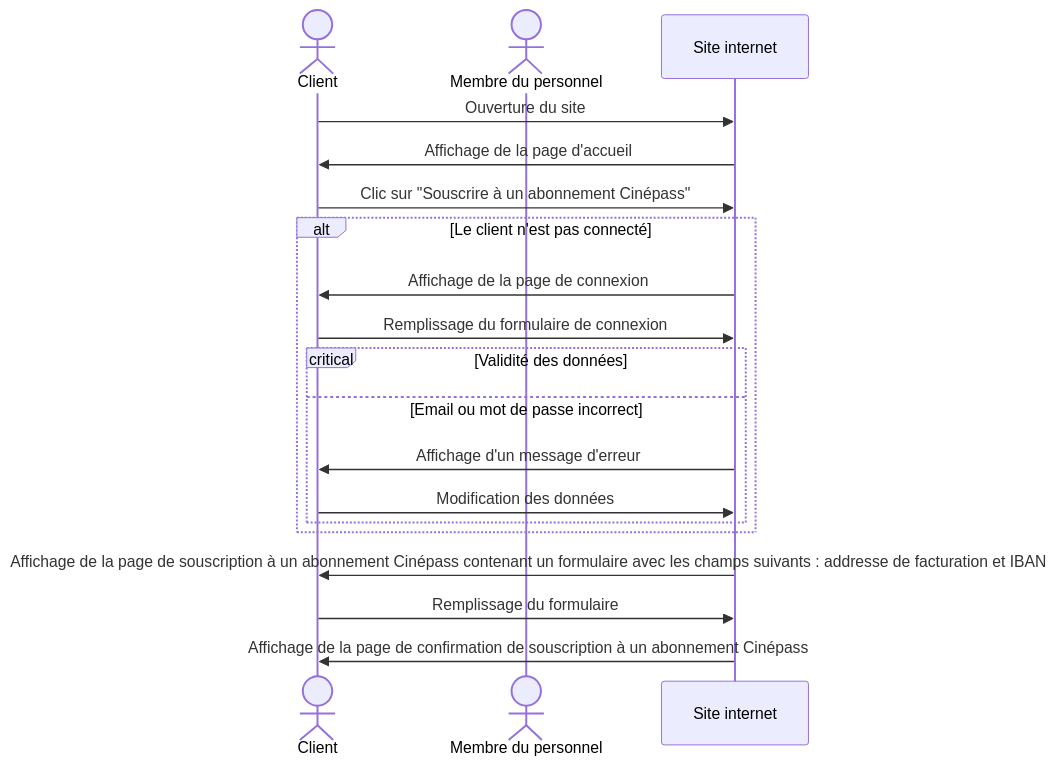
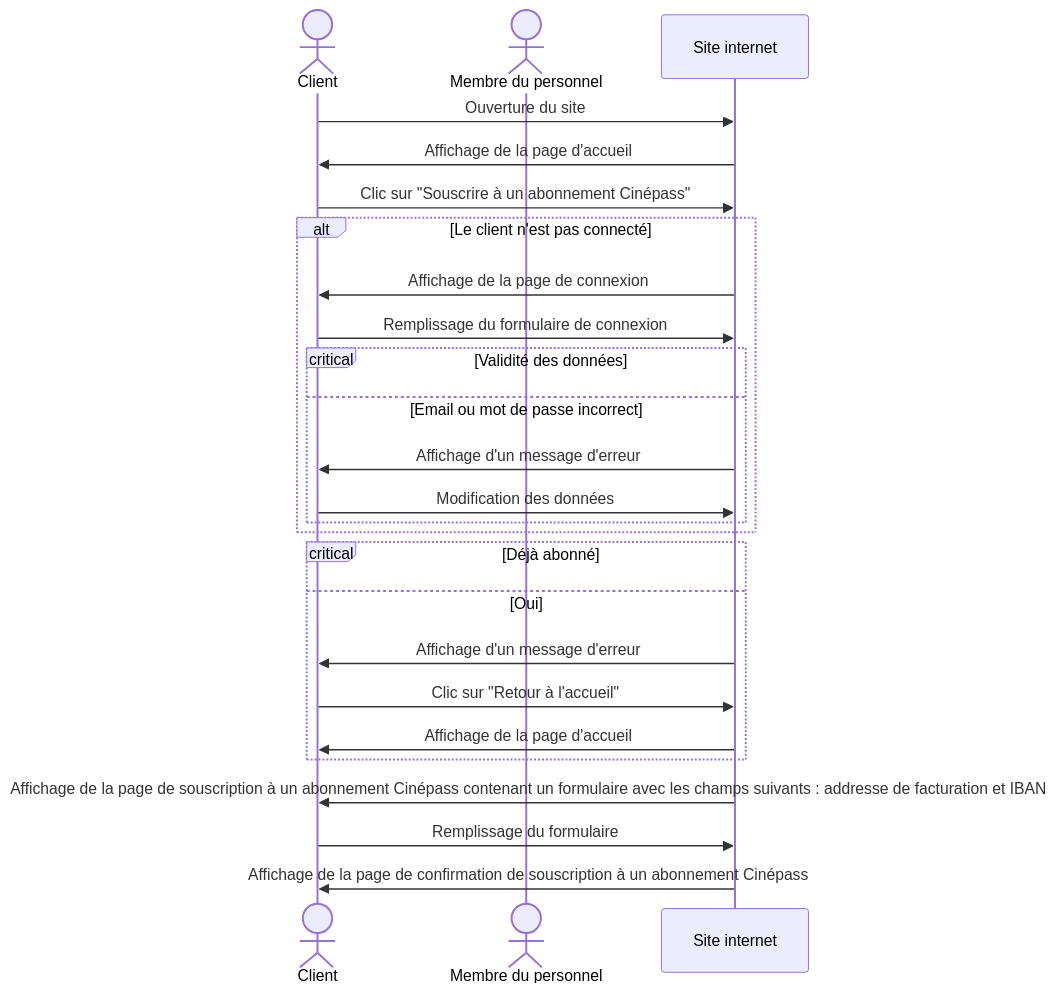
The third of 11 diagrams in Analyse fonctionnelle.md (pixselve-school/OMD-TP1), drawn with Mermaid before and after one commit.

Commit message:
feat: cas déjà abonné

````diff
--- a/Analyse fonctionnelle.md
+++ b/Analyse fonctionnelle.md
@@ -58,23 +58,30 @@
 ```mermaid
 sequenceDiagram
 actor Client
 actor Membre du personnel
 participant Site internet
 
 Client->>Site internet: Ouverture du site
 Site internet->>Client: Affichage de la page d'accueil
 Client->>Site internet: Clic sur "Souscrire à un abonnement Cinépass"
 alt Le client n'est pas connecté
 Site internet->>Client: Affichage de la page de connexion
 Client->>Site internet: Remplissage du formulaire de connexion
 critical Validité des données
     option Email ou mot de passe incorrect
         Site internet->>Client: Affichage d'un message d'erreur
         Client->>Site internet: Modification des données
 end
 end
 
+critical Déjà abonné
+    option Oui
+        Site internet->>Client: Affichage d'un message d'erreur
+        Client->>Site internet: Clic sur "Retour à l'accueil"
+        Site internet->>Client: Affichage de la page d'accueil
+    end
+
 Site internet->>Client: Affichage de la page de souscription à un abonnement Cinépass contenant un formulaire avec les champs suivants : addresse de facturation et IBAN
 Client->>Site internet: Remplissage du formulaire
 Site internet->>Client: Affichage de la page de confirmation de souscription à un abonnement Cinépass
 ```
````
